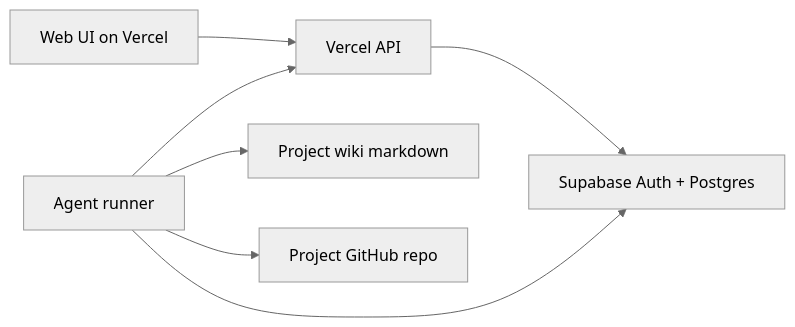
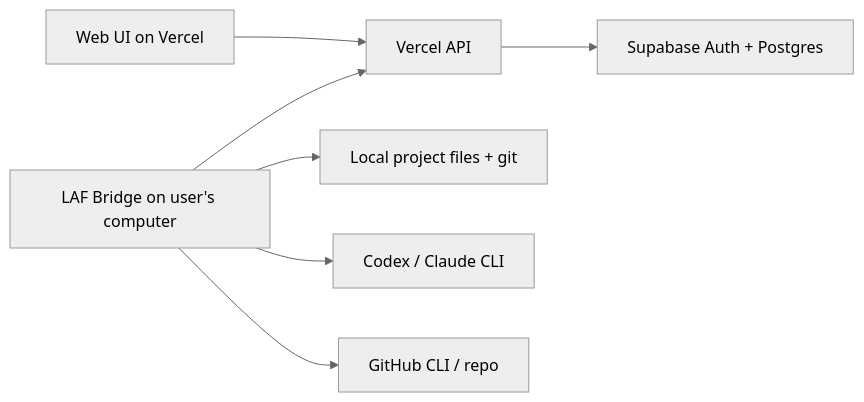
Before and after one commit to LAF-labs/LAF-Agents-Office: the diagram in docs/specs/HOSTED-PRODUCT-BOUNDARY.md, drawn with Mermaid (neutral theme). The commit also changed other lines of this file and 251 other files, not shown here.

Commit message:
Simplify hosted workspace bridge flow

````diff
--- a/docs/specs/HOSTED-PRODUCT-BOUNDARY.md
+++ b/docs/specs/HOSTED-PRODUCT-BOUNDARY.md
@@ -22,9 +19,9 @@
 ```mermaid
 flowchart LR
   Browser["Web UI on Vercel"] --> API["Vercel API"]
   API --> DB["Supabase Auth + Postgres"]
-  Runner["Agent runner"] --> API
-  Runner --> DB
-  Runner --> Wiki["Project wiki markdown"]
-  Runner --> GitHub["Project GitHub repo"]
+  Bridge["LAF Bridge on user's computer"] --> API
+  Bridge --> Repo["Local project files + git"]
+  Bridge --> CLI["Codex / Claude CLI"]
+  Bridge --> GitHub["GitHub CLI / repo"]
 ```
````
